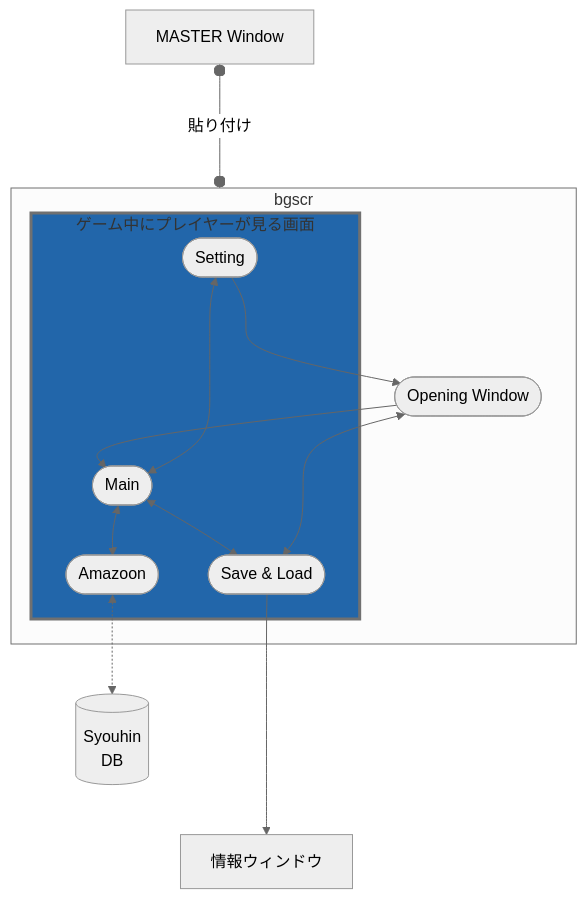
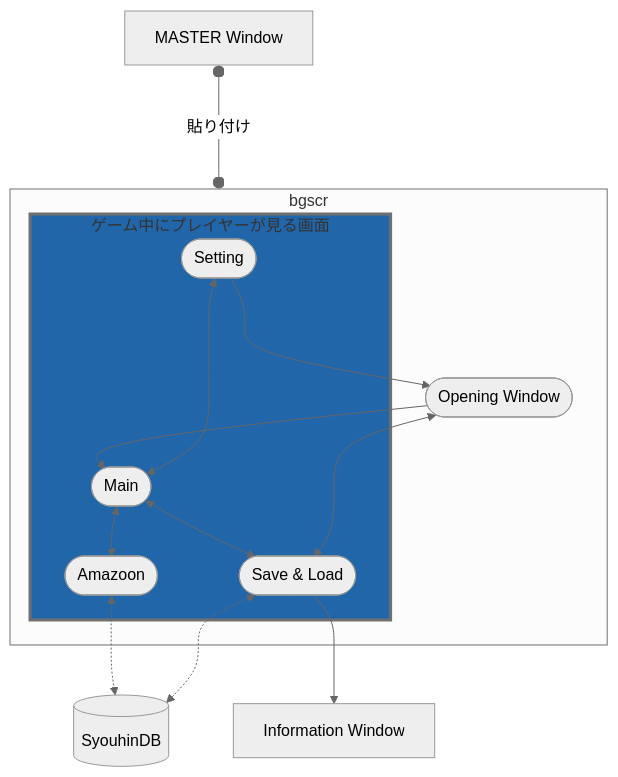
The diagram in README.md (YUZRANIUM/PC_CareingDiary), drawn with Mermaid (neutral theme) before and after one commit. The commit also changed other lines of this file and 1 other file, not shown here.

Commit message:
情報更新

````diff
--- a/README.md
+++ b/README.md
@@ -15,22 +15,25 @@
 ```mermaid
 
 flowchart TB
 
 MASTER[MASTER Window] o---o | 貼り付け | bgscr
 
 subgraph bgscr
 	se([Setting]) ---> op([Opening Window])
 
 	subgraph id1 [ゲーム中にプレイヤーが見る画面]
 		ma([Main]) <--> se([Setting]) & am([Amazoon]) & sa([Save & Load])
 	end
 
 	op([Opening Window]) <--> sa([Save & Load])
 	op([Opening Window]) --> ma([Main])
 end
-	am([Amazoon]) <-.-> db[(Syouhin<br>DB)]
-	sa([Save & Load]) ---> 情報ウィンドウ
+
+am([Amazoon]) <-.-> db[(SyouhinDB)]
+sa([Save & Load]) <-.-> db[(SyouhinDB)]
+
+sa([Save & Load]) --> info[Information Window]
 
 style id1 fill:#26a, strole:#aaa, stroke-width:3px
 
 ```
````
